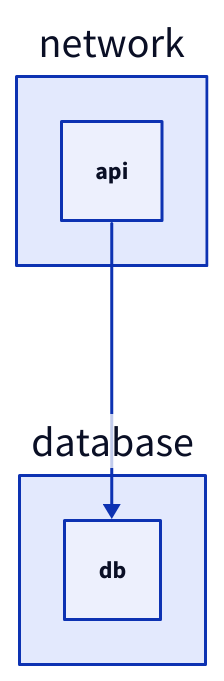
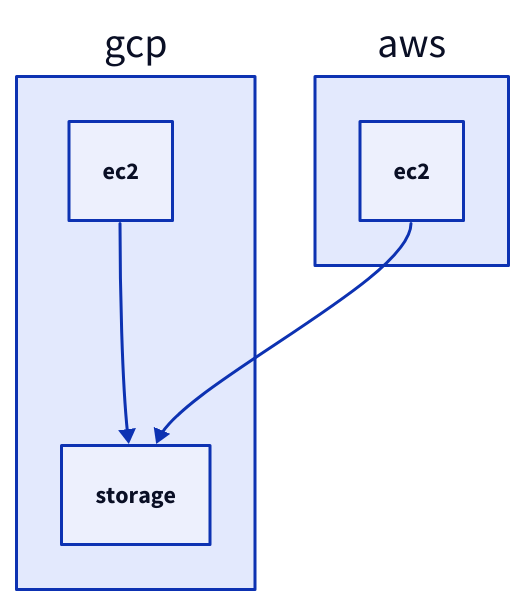
Before and after one commit to chyax98/DiagramAI: the fifth of 14 diagrams in docs/kroki/d2/common-errors.md, drawn with D2. The commit also changed other lines of this file and 52 other files, not shown here.

````diff
--- a/docs/kroki/d2/common-errors.md
+++ b/docs/kroki/d2/common-errors.md
@@ -98,10 +93,19 @@
 ```d2
-# ✅ 使用完整路径
-network: {
-  api
+# ❌ 错误
+aws: {
+  ec2
 }
-database: {
-  db
+gcp: {
+  storage
+  ec2 -> storage  # 会在 gcp 内创建新 ec2 节点
 }
-network.api -> database.db
+
+# ✅ 正确
+aws: {
+  ec2
+}
+gcp: {
+  storage
+  _.aws.ec2 -> storage  # 使用完整路径
+}
 ```
````
